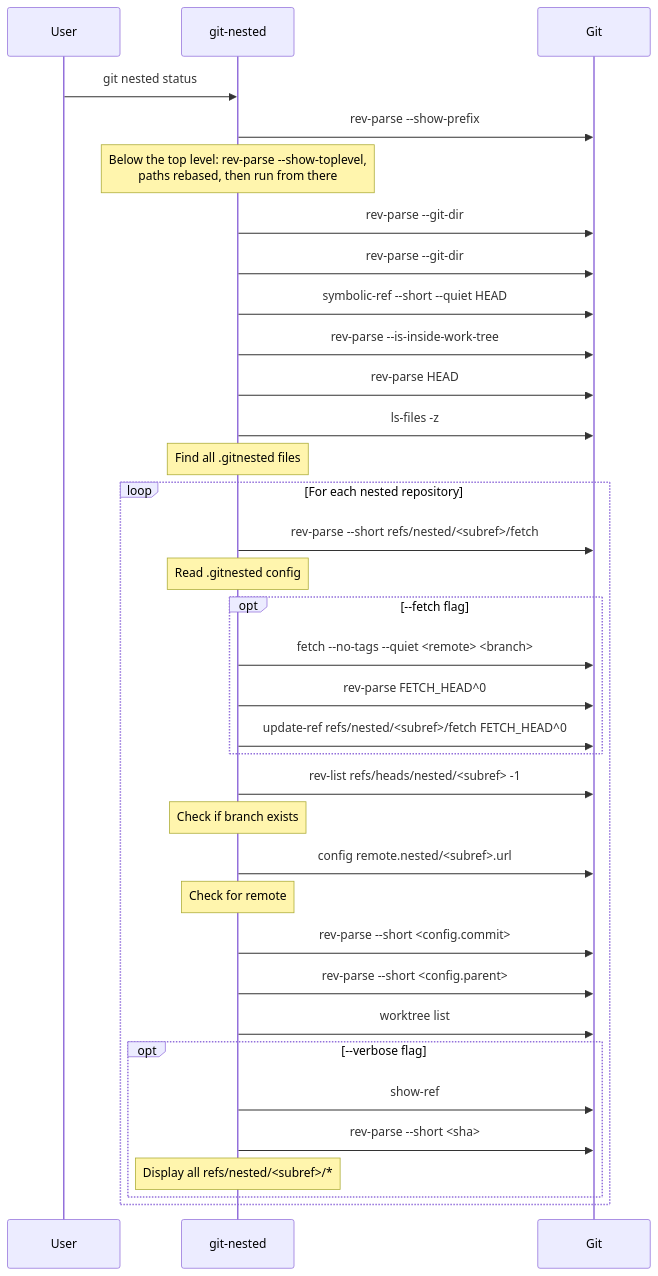
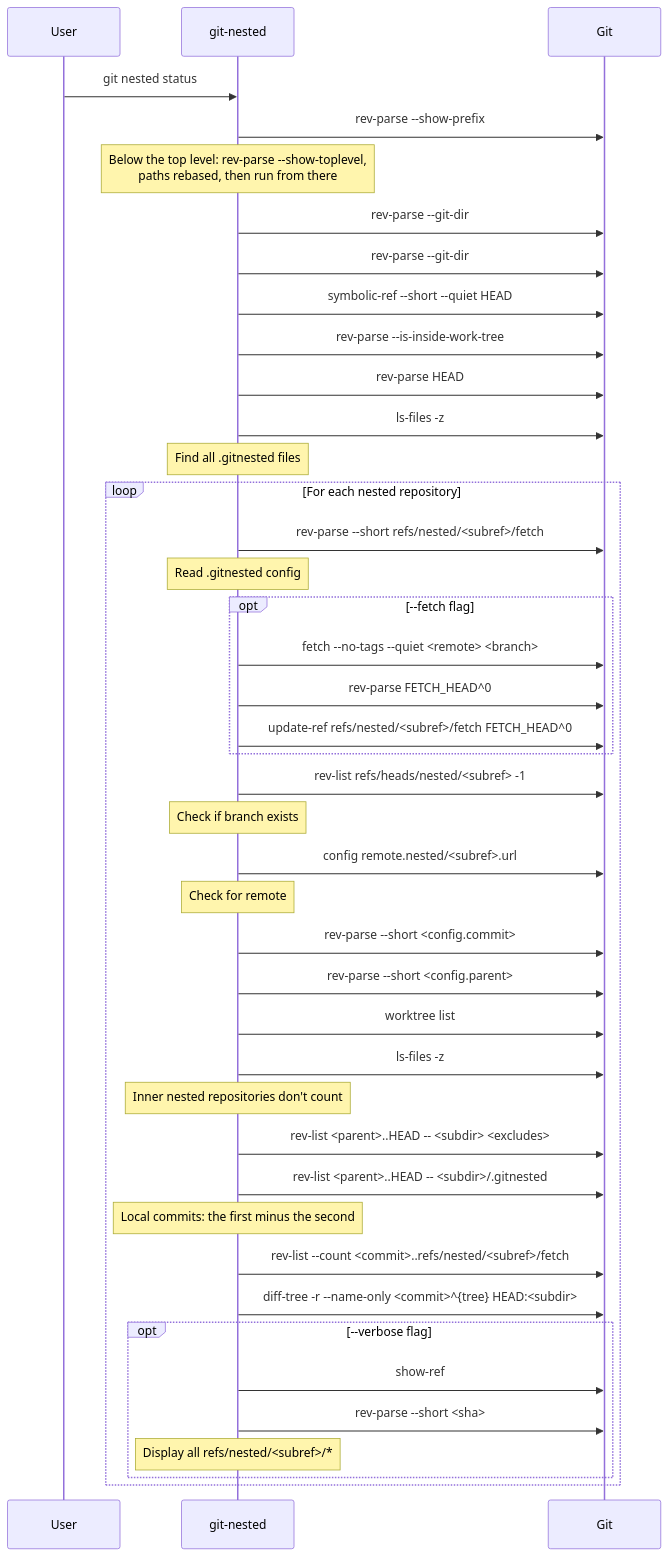
One commit to thorsten-klein/git-nested changed the tenth of 14 diagrams in docs/diagrams.md. Above: the diagram before and after it, drawn with Mermaid. The commit also changed 9 other files, not shown here.

First line of the commit message:
feat: `status` shows local commits, upstream commits not pulled, and changes (#141)

````diff
--- a/docs/diagrams.md
+++ b/docs/diagrams.md
@@ -582,45 +582,52 @@
 ```mermaid
 sequenceDiagram
     participant User
     participant git-nested
     participant Git
 
     User->>git-nested: git nested status
     git-nested->>Git: rev-parse --show-prefix
     Note over git-nested: Below the top level: rev-parse --show-toplevel,<br/>paths rebased, then run from there
     git-nested->>Git: rev-parse --git-dir
     git-nested->>Git: rev-parse --git-dir
     git-nested->>Git: symbolic-ref --short --quiet HEAD
     git-nested->>Git: rev-parse --is-inside-work-tree
     git-nested->>Git: rev-parse HEAD
 
     git-nested->>Git: ls-files -z
     Note over git-nested: Find all .gitnested files
 
     loop For each nested repository
         git-nested->>Git: rev-parse --short refs/nested/<subref>/fetch
         Note over git-nested: Read .gitnested config
 
         opt --fetch flag
             git-nested->>Git: fetch --no-tags --quiet <remote> <branch>
             git-nested->>Git: rev-parse FETCH_HEAD^0
             git-nested->>Git: update-ref refs/nested/<subref>/fetch FETCH_HEAD^0
         end
 
         git-nested->>Git: rev-list refs/heads/nested/<subref> -1
         Note over git-nested: Check if branch exists
 
         git-nested->>Git: config remote.nested/<subref>.url
         Note over git-nested: Check for remote
 
         git-nested->>Git: rev-parse --short <config.commit>
         git-nested->>Git: rev-parse --short <config.parent>
         git-nested->>Git: worktree list
+        git-nested->>Git: ls-files -z
+        Note over git-nested: Inner nested repositories don't count
+        git-nested->>Git: rev-list <parent>..HEAD -- <subdir> <excludes>
+        git-nested->>Git: rev-list <parent>..HEAD -- <subdir>/.gitnested
+        Note over git-nested: Local commits: the first minus the second
+        git-nested->>Git: rev-list --count <commit>..refs/nested/<subref>/fetch
+        git-nested->>Git: diff-tree -r --name-only <commit>^{tree} HEAD:<subdir>
 
         opt --verbose flag
             git-nested->>Git: show-ref
             git-nested->>Git: rev-parse --short <sha>
             Note over git-nested: Display all refs/nested/<subref>/*
         end
     end
 ```
````
